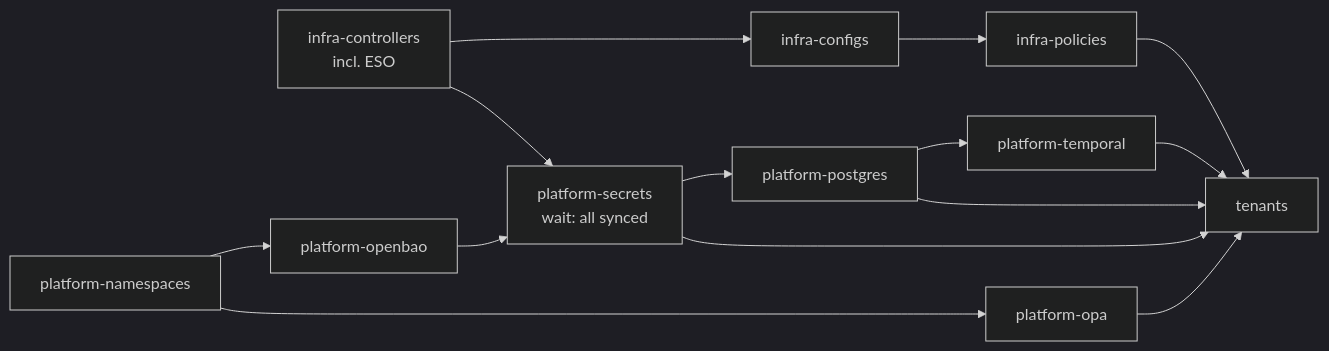
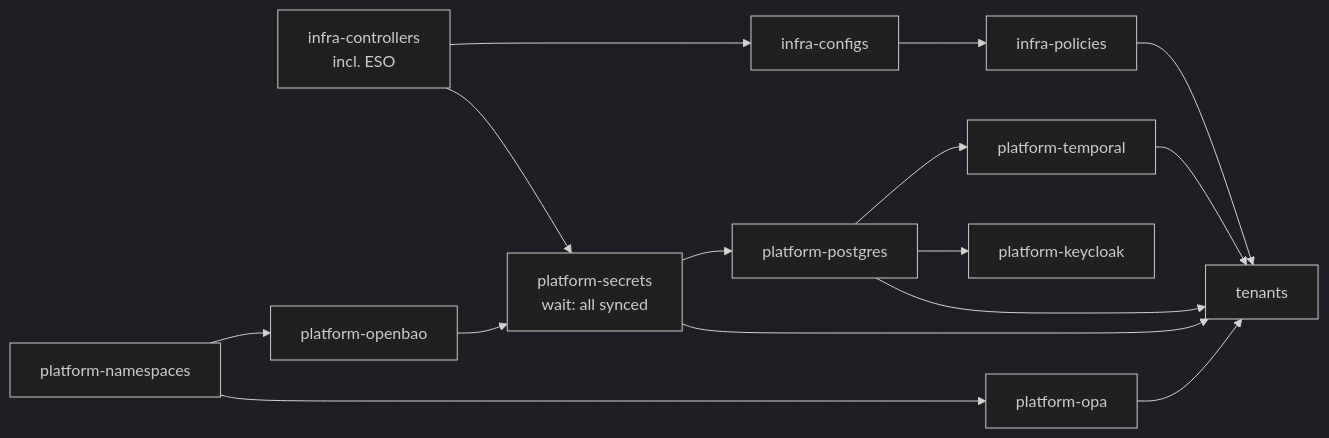
The diagram in README.md (chandrakaladhar/dashr-platform-gitops), drawn with Mermaid (dark theme) before and after one commit. The commit also changed other lines of this file and 17 other files, not shown here.

````diff
--- a/README.md
+++ b/README.md
@@ -52,14 +53,15 @@
 ```mermaid
 flowchart LR
   IC[infra-controllers<br/>incl. ESO] --> CF[infra-configs] --> PO[infra-policies]
   NS[platform-namespaces] --> OB[platform-openbao]
   NS --> OPA[platform-opa]
   IC --> SEC
   OB --> SEC[platform-secrets<br/>wait: all synced]
   SEC --> PG[platform-postgres] --> TP[platform-temporal]
+  PG --> KC[platform-keycloak]
   SEC --> T[tenants]
   PG --> T
   TP --> T
   OPA --> T
   PO --> T
 ```
````
